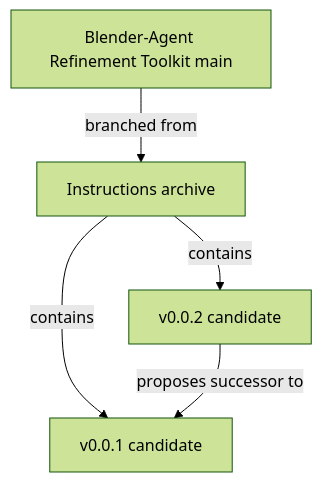
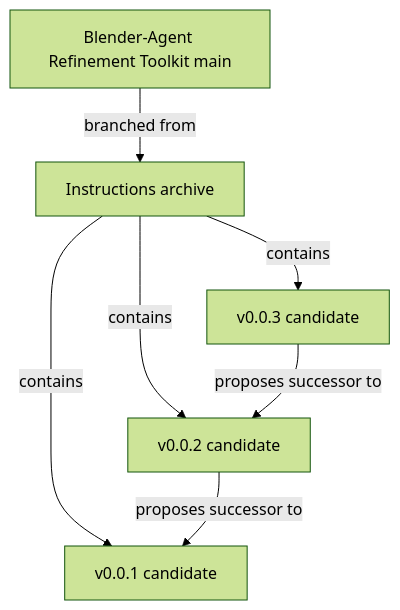
One commit to vixttha/Blender-Agent changed the diagram in graphify/versions.mmd. Above: the diagram before and after it, drawn with Mermaid (forest theme). The commit also changed 7 other files, not shown here.

```diff
--- a/graphify/versions.mmd
+++ b/graphify/versions.mmd
@@ -1,9 +1,12 @@
 flowchart TD
   M["Blender-Agent Refinement Toolkit main"]
   B["Instructions archive"]
   V1["v0.0.1 candidate"]
   V2["v0.0.2 candidate"]
+  V3["v0.0.3 candidate"]
   M -->|branched from| B
   B -->|contains| V1
   B -->|contains| V2
+  B -->|contains| V3
+  V3 -->|proposes successor to| V2
   V2 -->|proposes successor to| V1
```
